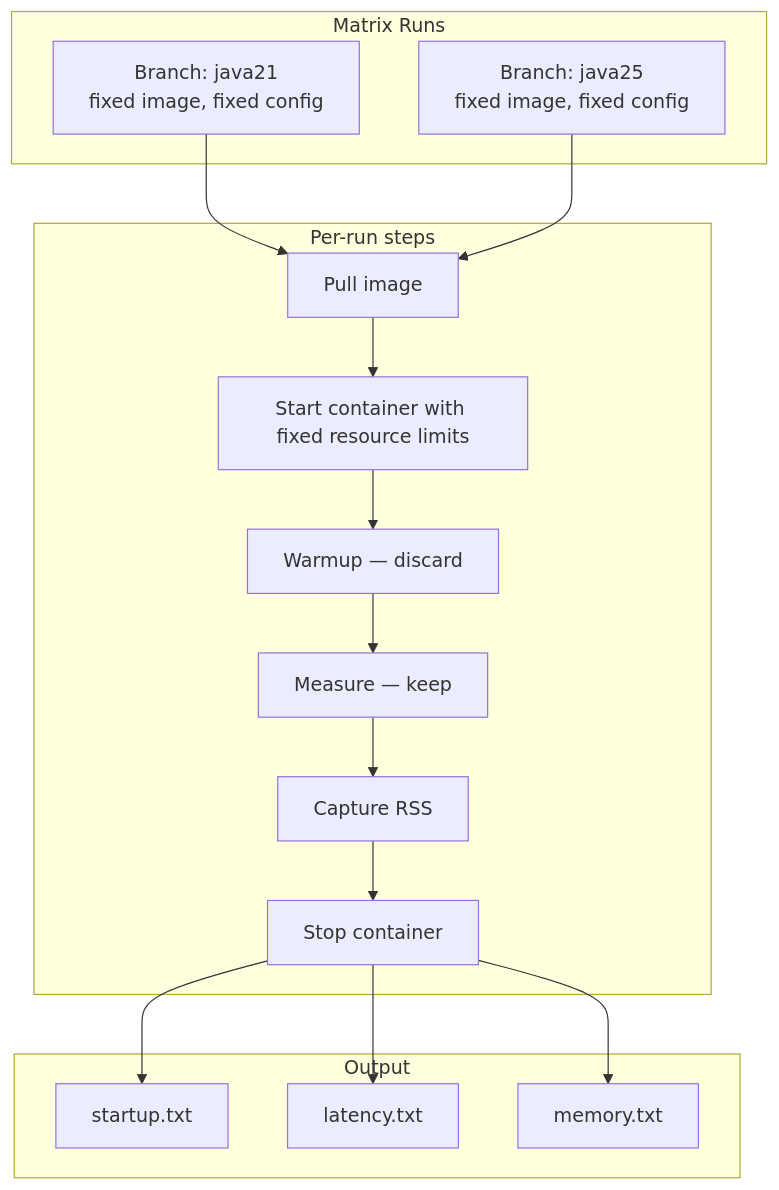
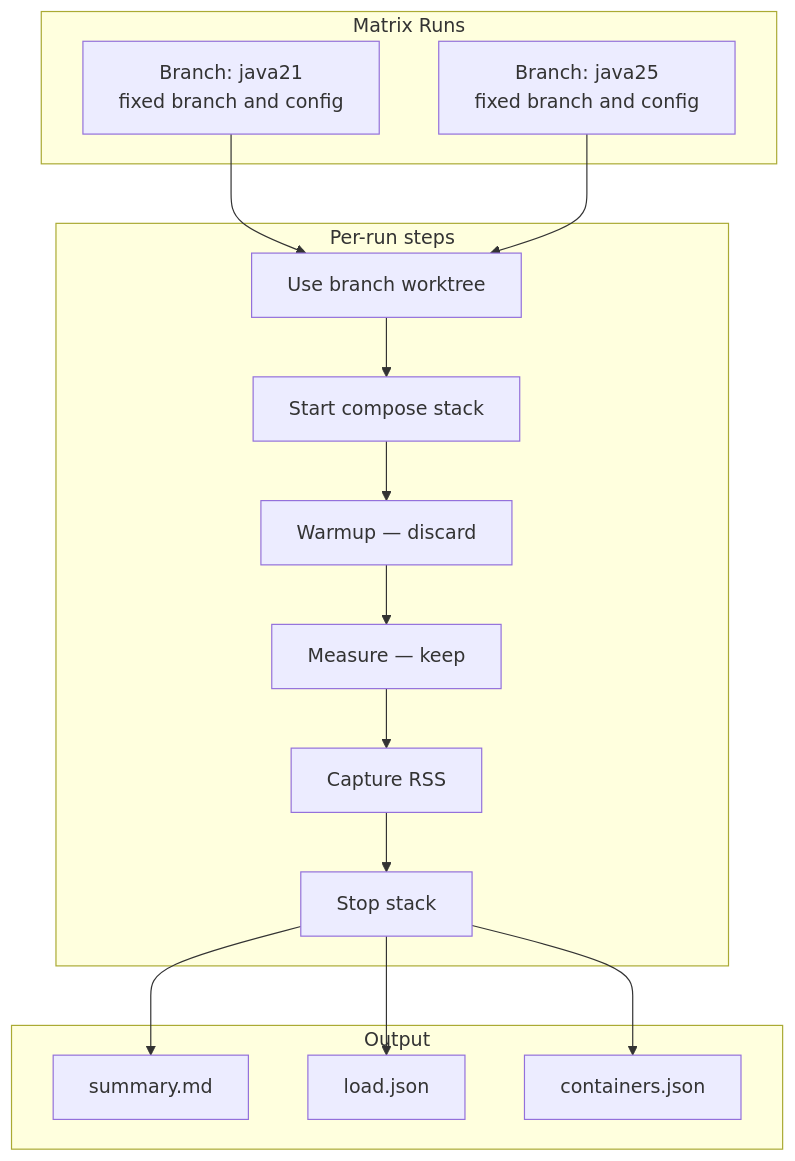
Before and after one commit to SaschaMoellering/acmecorp-platform: the third of 3 diagrams in docs/episodes/episode-13/episode-13-benchmarking-methodology-v2.md, drawn with Mermaid. The commit also changed other lines of this file and 148 other files, not shown here.

````diff
--- a/docs/episodes/episode-13/episode-13-benchmarking-methodology-v2.md
+++ b/docs/episodes/episode-13/episode-13-benchmarking-methodology-v2.md
@@ -112,25 +115,25 @@
 ```mermaid
 flowchart TD
     subgraph Matrix Runs
-        B1[Branch: java21\nfixed image, fixed config]
-        B2[Branch: java25\nfixed image, fixed config]
+        B1[Branch: java21\nfixed branch and config]
+        B2[Branch: java25\nfixed branch and config]
     end
 
     subgraph Per-run steps
-        R1[Pull image]
-        R2[Start container with fixed resource limits]
+        R1[Use branch worktree]
+        R2[Start compose stack]
         R3[Warmup — discard]
         R4[Measure — keep]
         R5[Capture RSS]
-        R6[Stop container]
+        R6[Stop stack]
     end
 
     subgraph Output
-        O1[startup.txt]
-        O2[latency.txt]
-        O3[memory.txt]
+        O1[summary.md]
+        O2[load.json]
+        O3[containers.json]
     end
 
     B1 --> R1 --> R2 --> R3 --> R4 --> R5 --> R6 --> O1 & O2 & O3
     B2 --> R1
 ```
````
